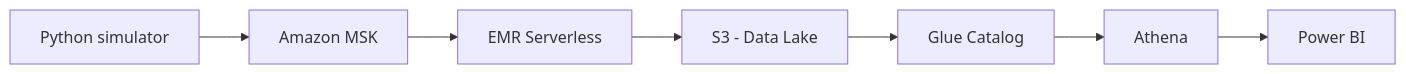
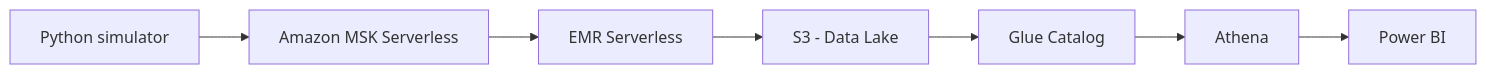
The fourth of 4 diagrams in README.en.md (thcarole1/ev-powertrain-manufacturing_analytics), drawn with Mermaid before and after one commit. The commit also changed other lines of this file and 1 other file, not shown here.

Commit message:
docs: fix README inconsistencies (AWS architecture title, temperature, batch/streaming, links) (#38)

````diff
--- a/README.en.md
+++ b/README.en.md
@@ -105,9 +105,9 @@
 ```mermaid
 flowchart LR
-    A["Python simulator"] --> B["Amazon MSK"]
+    A["Python simulator"] --> B["Amazon MSK Serverless"]
     B --> C["EMR Serverless"]
     C --> D["S3 - Data Lake"]
     D --> E["Glue Catalog"]
     E --> F["Athena"]
     F --> G["Power BI"]
 ```
````
